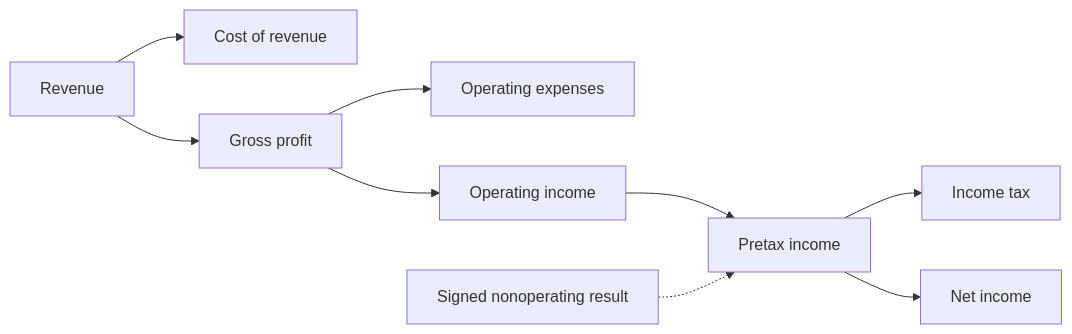
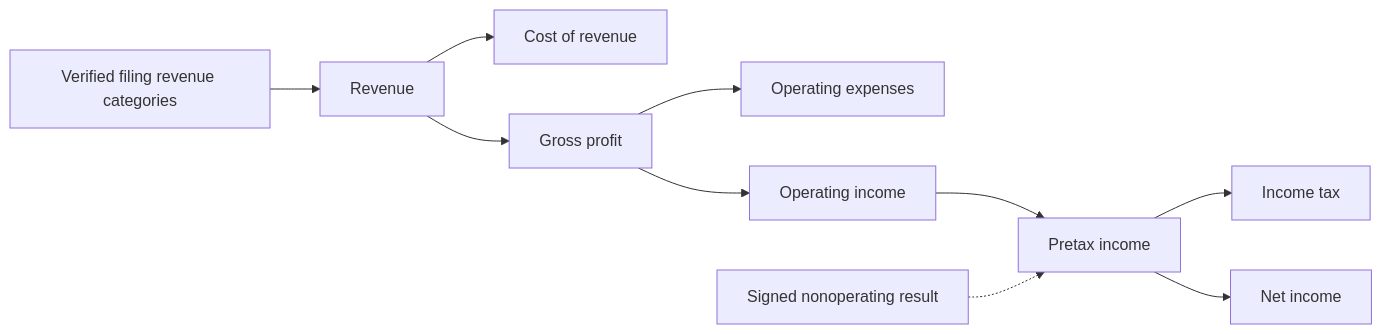
Before and after one commit to magicmaxmagic/finance_advisor: the second of 2 diagrams in docs/financial_performance_v7.md, drawn with Mermaid. The commit also changed other lines of this file and 48 other files, not shown here.

````diff
--- a/docs/financial_performance_v7.md
+++ b/docs/financial_performance_v7.md
@@ -53,11 +53,12 @@
 ```mermaid
 flowchart LR
+  S[Verified filing revenue categories] --> R
   R[Revenue] --> C[Cost of revenue]
   R --> G[Gross profit]
   G --> O[Operating expenses]
   G --> I[Operating income]
   I --> P[Pretax income]
   L[Signed nonoperating result] -.-> P
   P --> T[Income tax]
   P --> N[Net income]
 ```
````
